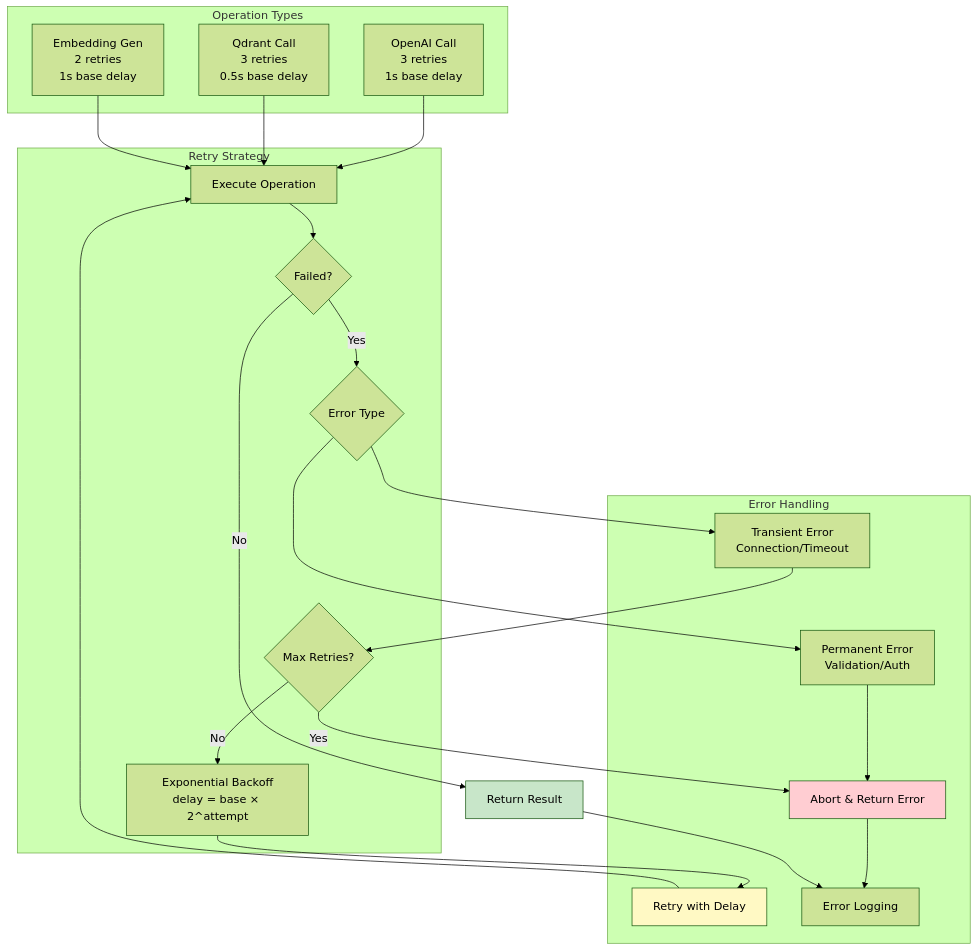
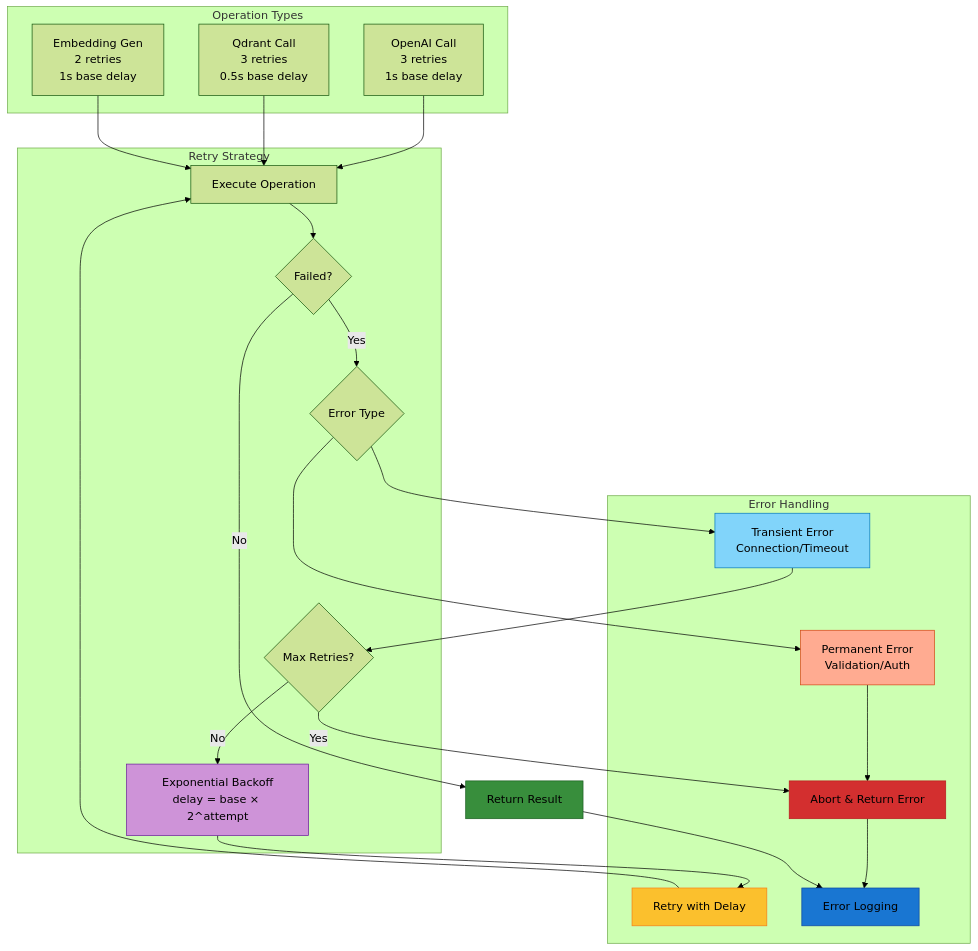
Before and after one commit to kanugurajesh/Architecture: the sixth of 12 diagrams in README.md, drawn with Mermaid (forest theme). The commit also changed other lines of this file, not shown here.

````diff
--- a/README.md
+++ b/README.md
@@ -302,51 +323,57 @@
 ```mermaid
-  graph TB
+graph TB
       subgraph "Operation Types"
           O1[OpenAI Call<br/>3 retries<br/>1s base delay]
           Q1[Qdrant Call<br/>3 retries<br/>0.5s base delay]
           E1[Embedding Gen<br/>2 retries<br/>1s base delay]
       end
 
       subgraph "Retry Strategy"
           Attempt[Execute Operation]
           Fail{Failed?}
           Type{Error Type}
           Backoff[Exponential Backoff<br/>delay = base × 2^attempt]
           MaxRetry{Max Retries?}
       end
 
       subgraph "Error Handling"
           Transient[Transient Error<br/>Connection/Timeout]
           Permanent[Permanent Error<br/>Validation/Auth]
           Retry[Retry with Delay]
           Abort[Abort & Return Error]
           Log[Error Logging]
       end
 
       O1 --> Attempt
       Q1 --> Attempt
       E1 --> Attempt
 
       Attempt --> Fail
       Fail --> |No| Success[Return Result]
       Fail --> |Yes| Type
 
       Type --> Transient
       Type --> Permanent
 
       Transient --> MaxRetry
       Permanent --> Abort
 
       MaxRetry --> |No| Backoff
       MaxRetry --> |Yes| Abort
 
       Backoff --> Retry
       Retry --> Attempt
 
       Abort --> Log
       Success --> Log
 
-      style Success fill:#c8e6c9
-      style Abort fill:#ffcdd2
-      style Retry fill:#fff9c4
+      %% High contrast styles
+      style Success fill:#388E3C,fontColor:#ffffff,stroke:#1B5E20
+      style Abort fill:#D32F2F,fontColor:#ffffff,stroke:#B71C1C
+      style Retry fill:#FBC02D,fontColor:#000000,stroke:#F57F17
+      style Log fill:#1976D2,fontColor:#ffffff,stroke:#0D47A1
+
+      style Transient fill:#81D4FA,stroke:#0277BD
+      style Permanent fill:#FFAB91,stroke:#D84315
+      style Backoff fill:#CE93D8,stroke:#6A1B9A
 ```
````
